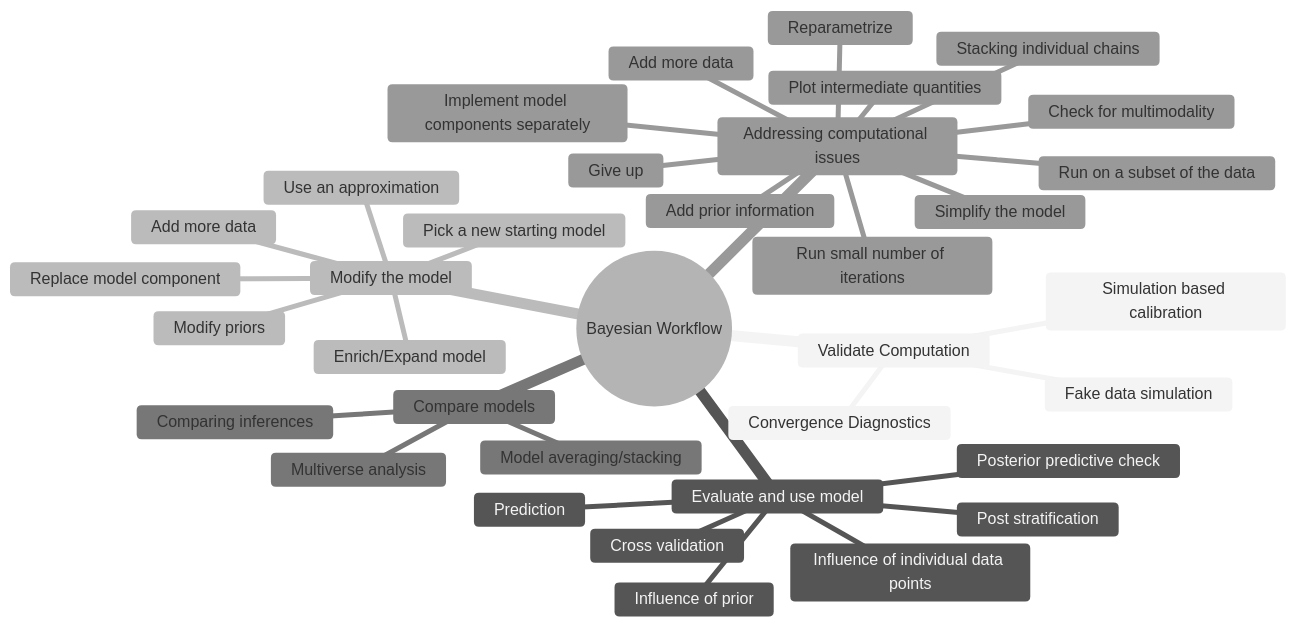
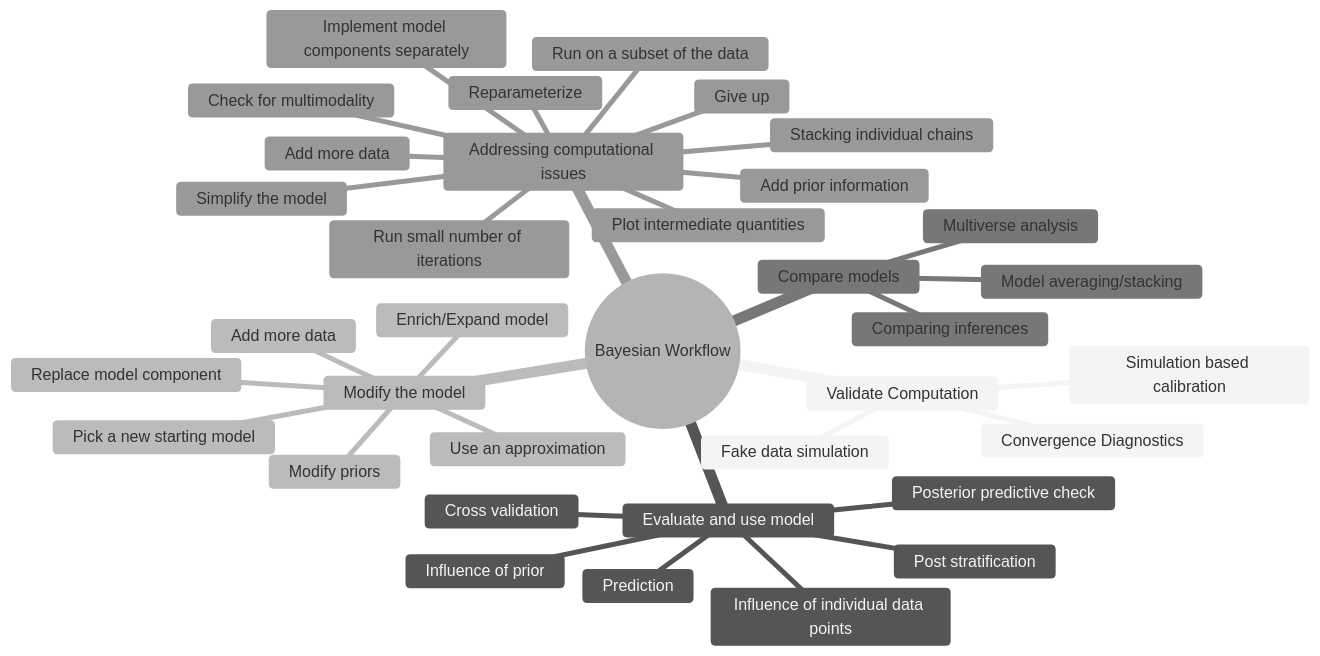
Before and after one commit to galenseilis/blog: the second of 2 diagrams in posts/bayesian-workflow-diagram-mermaid/index.qmd, drawn with Mermaid (neutral theme). The commit also changed 28 other files, not shown here.

````diff
--- a/posts/bayesian-workflow-diagram-mermaid/index.qmd
+++ b/posts/bayesian-workflow-diagram-mermaid/index.qmd
@@ -42,39 +42,39 @@
 ```{mermaid}
 %%| echo: true
 mindmap
   root((Bayesian Workflow))
     Validate Computation
       Convergence Diagnostics
       Fake data simulation
       Simulation based calibration
     Evaluate and use model
       Posterior predictive check
       Cross validation
       Influence of individual data points
       Influence of prior
       Prediction
       Post stratification
     Modify the model
       Pick a new starting model
       Replace model component
       Enrich/Expand model
       Use an approximation
       Add more data
       Modify priors
     Compare models
       Comparing inferences
       Multiverse analysis
       Model averaging/stacking
     Addressing computational issues
       Simplify the model
       Implement model components separately
       Run small number of iterations
       Run on a subset of the data
       Stacking individual chains
       Check for multimodality
-      Reparametrize
+      Reparameterize
       Plot intermediate quantities
       Add prior information
       Add more data
       Give up
 ```
````
